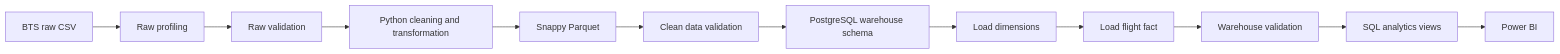
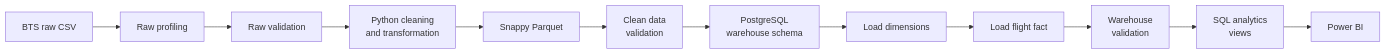
Before and after one commit to momo840505/flight-reliability-platform: the first of 2 diagrams in README.md, drawn with Mermaid.

Commit message:
Revise flowchart labels in README.md
Updated flowchart labels in README for clarity.

````diff
--- a/README.md
+++ b/README.md
@@ -109,14 +109,14 @@
 ```mermaid
 flowchart LR
-    A[BTS raw CSV] --> B[Raw profiling]
-    B --> C[Raw validation]
-    C --> D[Python cleaning and transformation]
-    D --> E[Snappy Parquet]
-    E --> F[Clean data validation]
-    F --> G[PostgreSQL warehouse schema]
-    G --> H[Load dimensions]
-    H --> I[Load flight fact]
-    I --> J[Warehouse validation]
-    J --> K[SQL analytics views]
-    K --> L[Power BI]
+    A["BTS raw CSV"] --> B["Raw profiling"]
+    B --> C["Raw validation"]
+    C --> D["Python cleaning<br/>and transformation"]
+    D --> E["Snappy Parquet"]
+    E --> F["Clean data<br/>validation"]
+    F --> G["PostgreSQL<br/>warehouse schema"]
+    G --> H["Load dimensions"]
+    H --> I["Load flight fact"]
+    I --> J["Warehouse<br/>validation"]
+    J --> K["SQL analytics<br/>views"]
+    K --> L["Power BI"]
 ```
````
